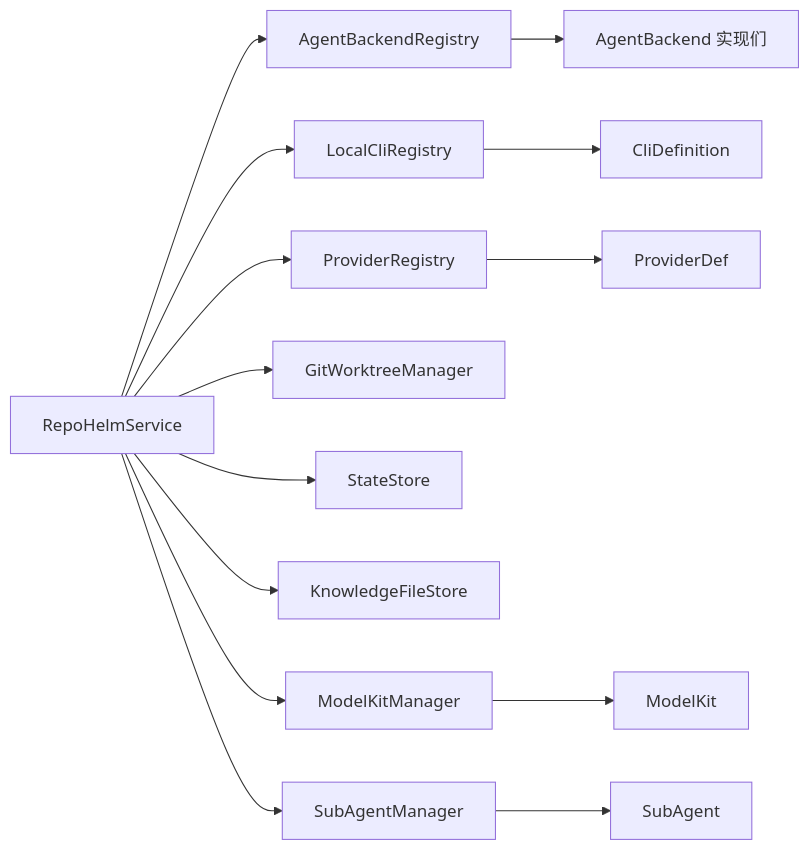
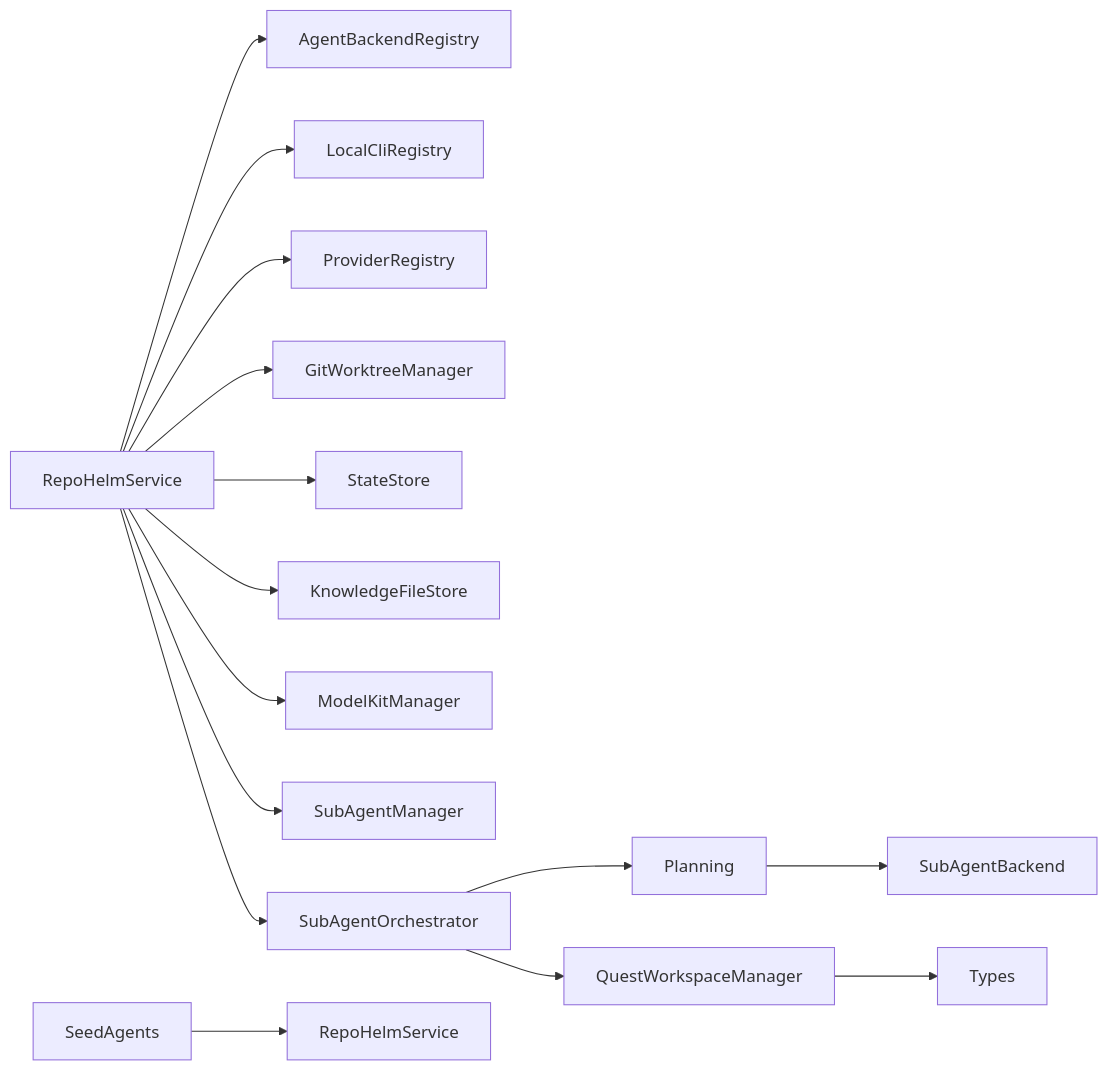
One commit to coconilu/RepoHelm changed diagram 12 of 12 in .qoder/repowiki/zh/content/Agent 后端系统/Agent 后端系统.md. Above: the diagram before and after it, drawn with Mermaid. The commit also changed other lines of this file and 15 other files, not shown here.

First line of the commit message:
Add multi-agent orchestration & quest plans

````diff
--- a/.qoder/repowiki/zh/content/Agent 后端系统/Agent 后端系统.md
+++ b/.qoder/repowiki/zh/content/Agent 后端系统/Agent 后端系统.md
@@ -511,16 +627,17 @@
 ```mermaid
 graph LR
 Svc["RepoHelmService"] --> Reg["AgentBackendRegistry"]
 Svc --> LCI["LocalCliRegistry"]
 Svc --> PRI["ProviderRegistry"]
 Svc --> GTM["GitWorktreeManager"]
 Svc --> STO["StateStore"]
 Svc --> KFS["KnowledgeFileStore"]
 Svc --> MKM["ModelKitManager"]
 Svc --> SAM["SubAgentManager"]
-Reg --> AB["AgentBackend 实现们"]
-PRI --> PD["ProviderDef"]
-LCI --> CD["CliDefinition"]
-MKM --> MK["ModelKit"]
-SAM --> SA["SubAgent"]
+Svc --> Orchestrator["SubAgentOrchestrator"]
+Orchestrator --> Planner["Planning"]
+Orchestrator --> Workspace["QuestWorkspaceManager"]
+Planner --> SubAgentBackend["SubAgentBackend"]
+Workspace --> Types["Types"]
+SeedAgents --> Service["RepoHelmService"]
 ```
````
